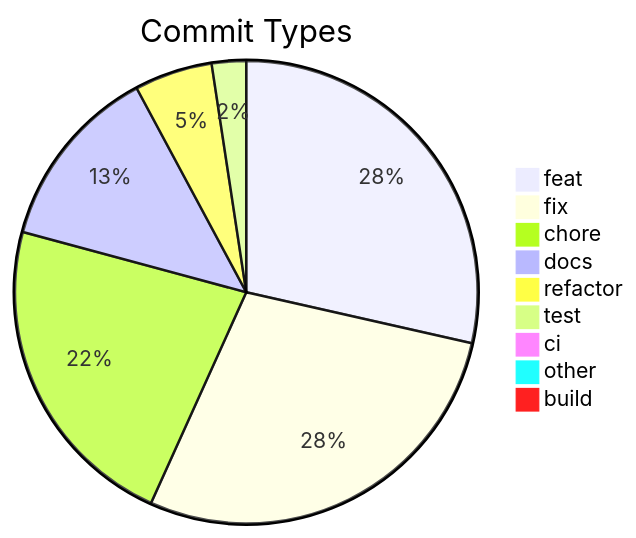
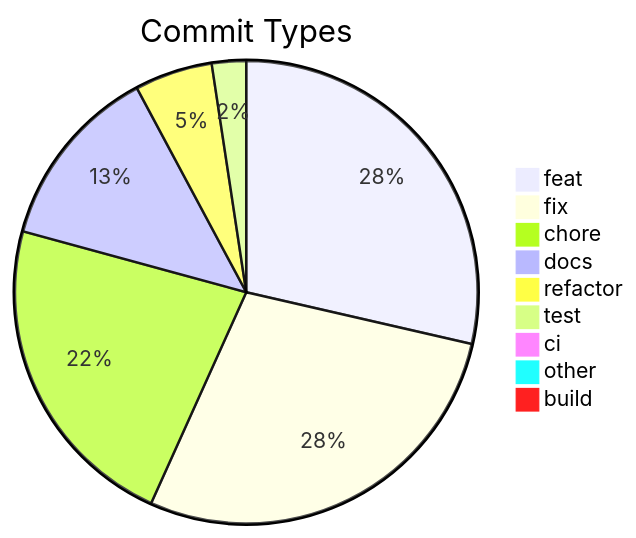
Before and after one commit to svenroth-ai/shipwright: the diagram in .shipwright/compliance/change-history.md, drawn with Mermaid. The commit also changed other lines of this file and 21 other files, not shown here.

````diff
--- a/.shipwright/compliance/change-history.md
+++ b/.shipwright/compliance/change-history.md
@@ -8,12 +8,12 @@
 ```mermaid
 pie title Commit Types
-    "feat" : 262
+    "feat" : 263
     "fix" : 259
-    "chore" : 206
+    "chore" : 207
     "docs" : 119
     "refactor" : 50
     "test" : 22
     "ci" : 7
     "other" : 7
     "build" : 1
 ```
````
